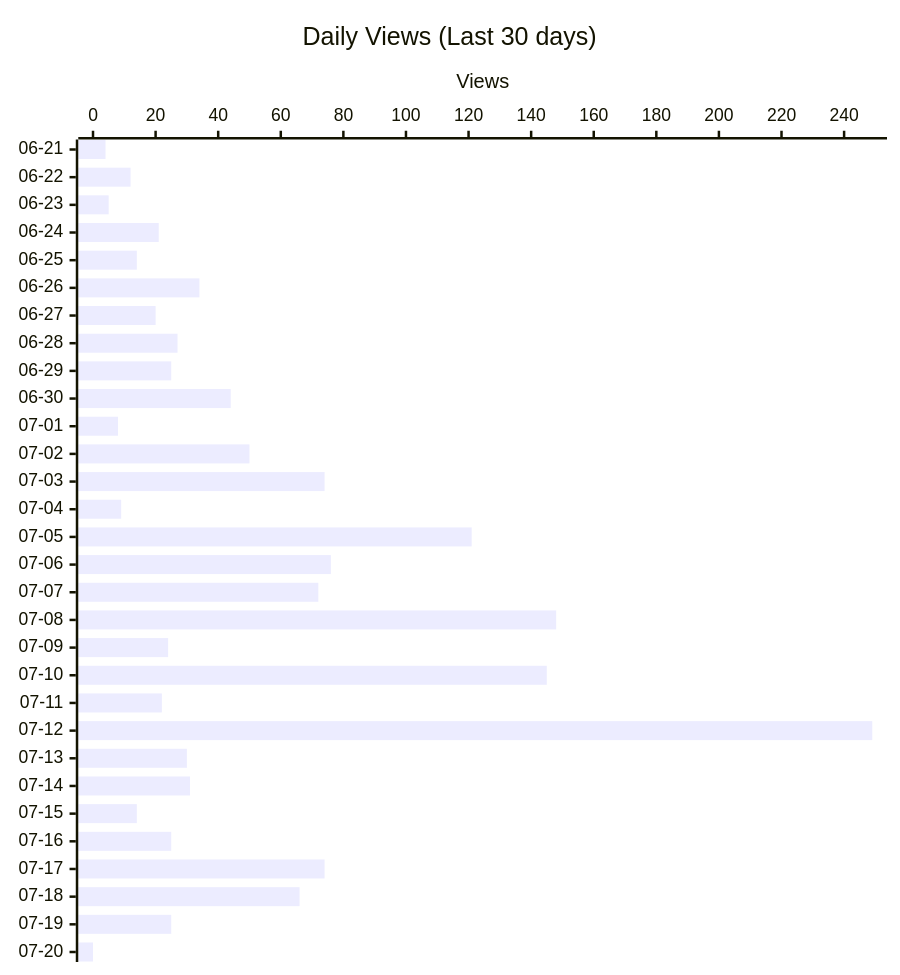
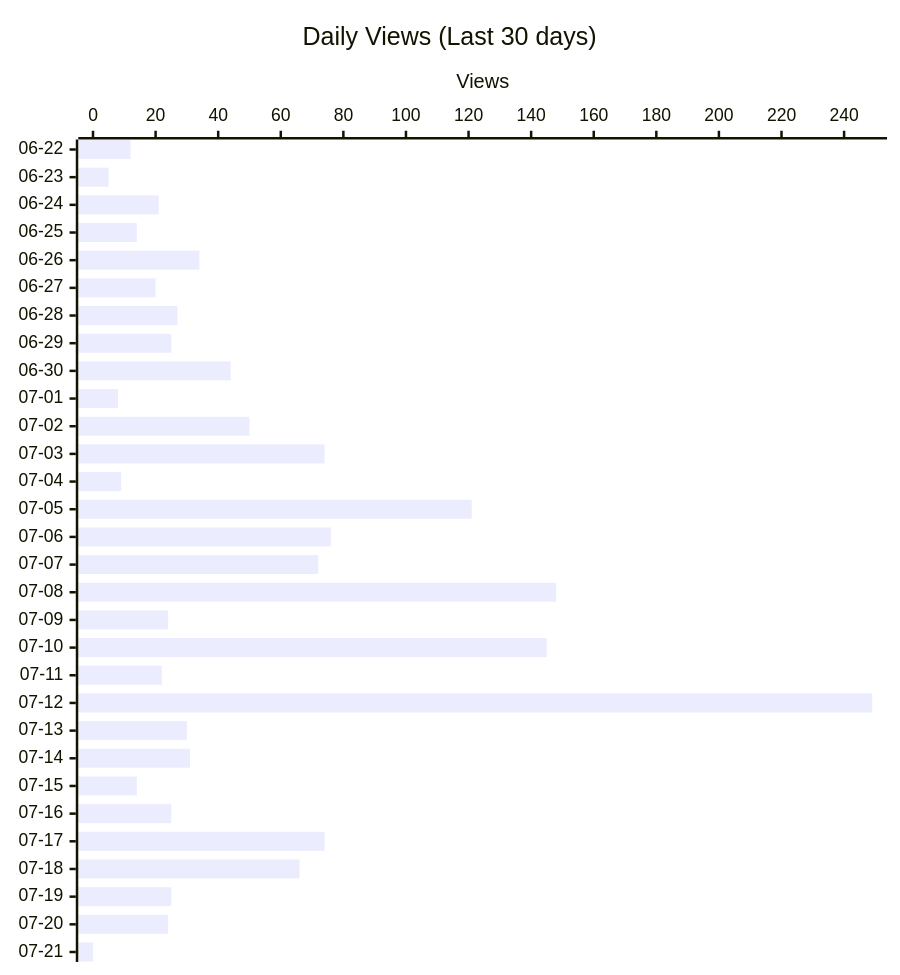
Before and after one commit to shigechika/github-insights: the second of 4 diagrams in README.md, drawn with Mermaid. The commit also changed other lines of this file and 2 other files, not shown here.

````diff
--- a/README.md
+++ b/README.md
@@ -28,12 +28,12 @@
 ```mermaid
 ---
 config:
   xyChart:
     height: 760
 ---
 xychart-beta horizontal
     title "Daily Views (Last 30 days)"
-    x-axis ["06-21", "06-22", "06-23", "06-24", "06-25", "06-26", "06-27", "06-28", "06-29", "06-30", "07-01", "07-02", "07-03", "07-04", "07-05", "07-06", "07-07", "07-08", "07-09", "07-10", "07-11", "07-12", "07-13", "07-14", "07-15", "07-16", "07-17", "07-18", "07-19", "07-20"]
+    x-axis ["06-22", "06-23", "06-24", "06-25", "06-26", "06-27", "06-28", "06-29", "06-30", "07-01", "07-02", "07-03", "07-04", "07-05", "07-06", "07-07", "07-08", "07-09", "07-10", "07-11", "07-12", "07-13", "07-14", "07-15", "07-16", "07-17", "07-18", "07-19", "07-20", "07-21"]
     y-axis "Views"
-    bar [4, 12, 5, 21, 14, 34, 20, 27, 25, 44, 8, 50, 74, 9, 121, 76, 72, 148, 24, 145, 22, 249, 30, 31, 14, 25, 74, 66, 25, 0]
+    bar [12, 5, 21, 14, 34, 20, 27, 25, 44, 8, 50, 74, 9, 121, 76, 72, 148, 24, 145, 22, 249, 30, 31, 14, 25, 74, 66, 25, 24, 0]
 ```
````
